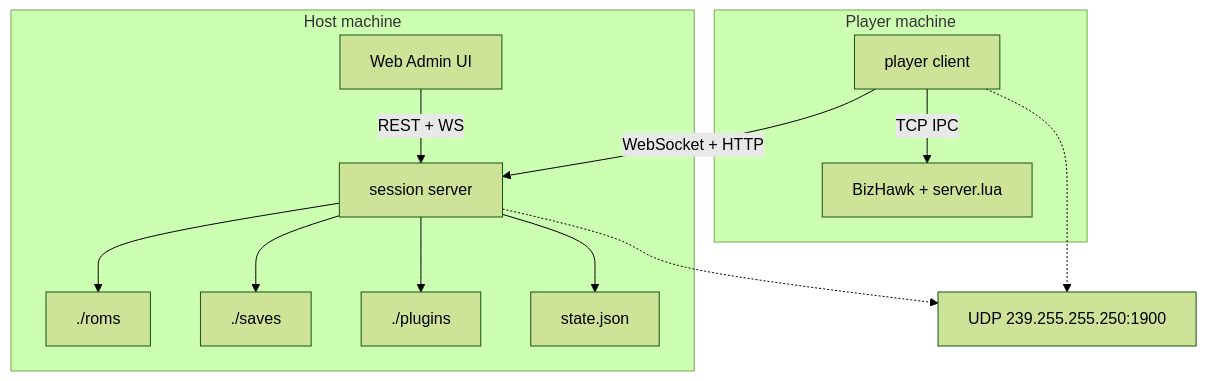
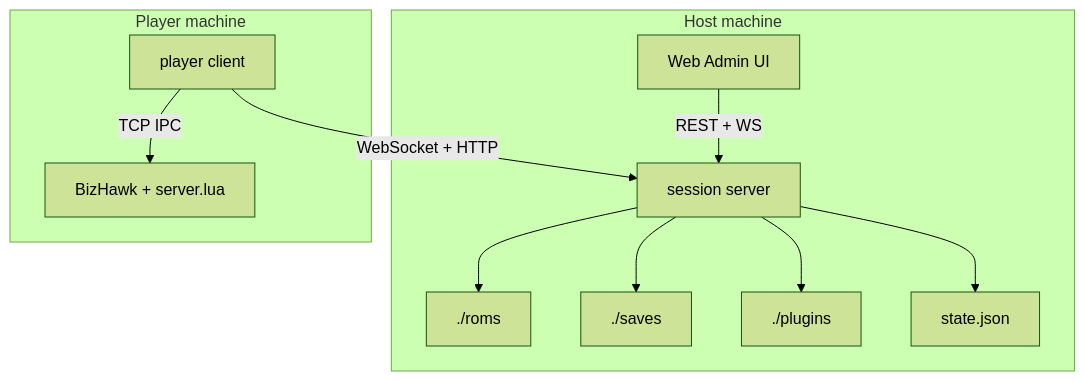
One commit to Michael4d45/bizhawk-shuffler-go changed the first of 2 diagrams in docs/SPEC.md. Above: the diagram before and after it, drawn with Mermaid (forest theme). The commit also changed other lines of this file and 29 other files, not shown here.

Commit message:
remove UDP discovery

````diff
--- a/docs/SPEC.md
+++ b/docs/SPEC.md
@@ -72,24 +72,21 @@
 ```mermaid
 flowchart TB
   subgraph Host["Host machine"]
     AdminUI["Web Admin UI"]
     Server["session server"]
     Roms["./roms"]
     Saves["./saves"]
     PluginsDir["./plugins"]
     State["state.json"]
     AdminUI -->|REST + WS| Server
     Server --> Roms & Saves & PluginsDir & State
   end
 
   subgraph Player["Player machine"]
     Client["player client"]
     BH["BizHawk + server.lua"]
     Client -->|WebSocket + HTTP| Server
     Client -->|TCP IPC| BH
   end
 
-  Discovery["UDP 239.255.255.250:1900"]
-  Server -.-> Discovery
-  Client -.-> Discovery
 ```
````
